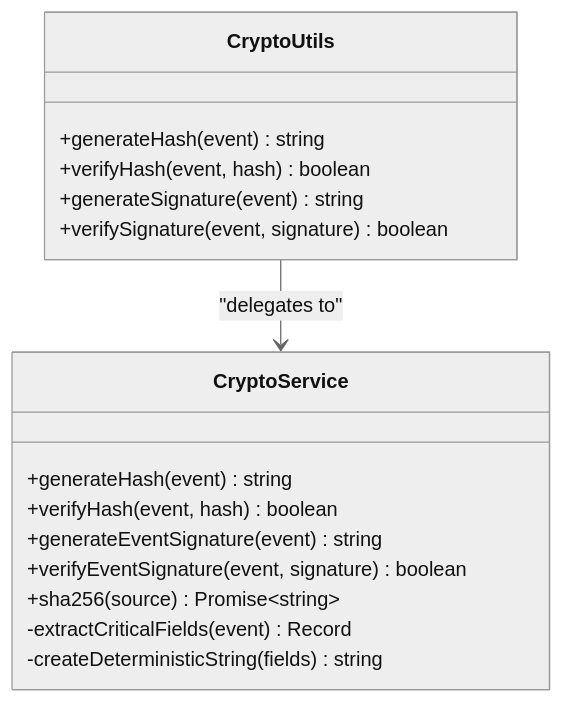
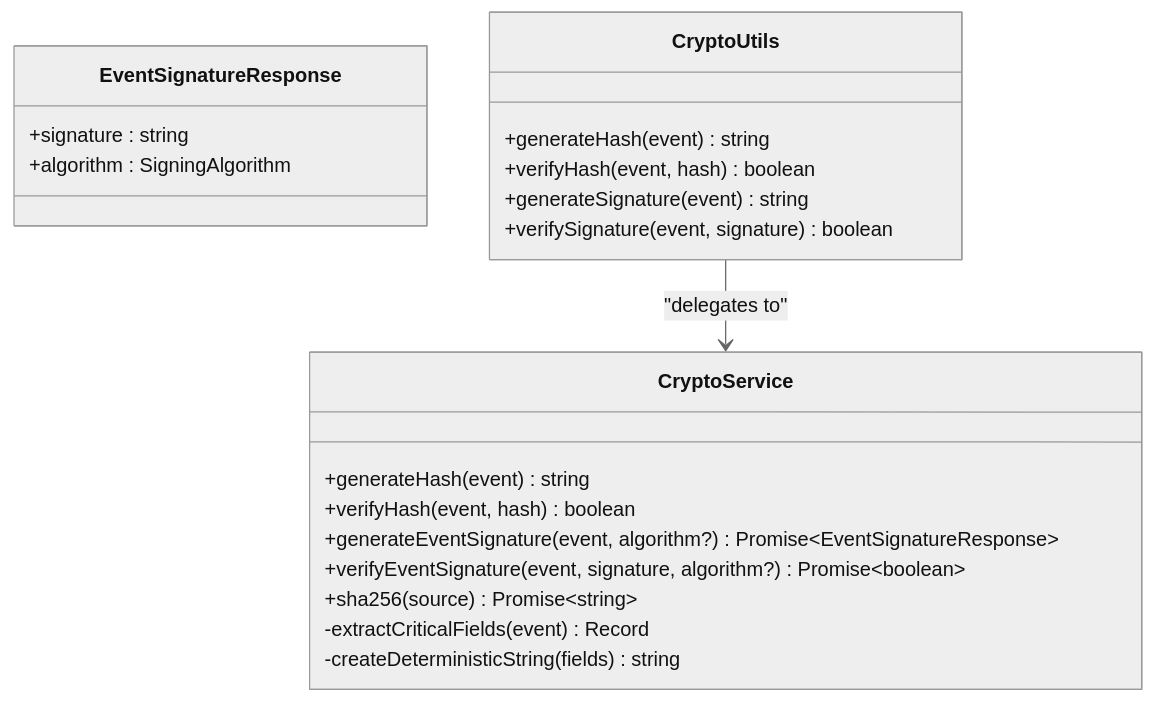
The first of 5 diagrams in .qoder/repowiki/en/content/Audit Core System/Security/Security.md (smedrec/smart-logs), drawn with Mermaid (neutral theme) before and after one commit. The commit also changed other lines of this file and 5 other files, not shown here.

First line of the commit message:
docs(security): document async event signature generation with KMS support

````diff
--- a/.qoder/repowiki/en/content/Audit Core System/Security/Security.md
+++ b/.qoder/repowiki/en/content/Audit Core System/Security/Security.md
@@ -52,19 +55,23 @@
 ```mermaid
 classDiagram
 class CryptoService {
 +generateHash(event) string
 +verifyHash(event, hash) boolean
-+generateEventSignature(event) string
-+verifyEventSignature(event, signature) boolean
++generateEventSignature(event, algorithm?) Promise~EventSignatureResponse~
++verifyEventSignature(event, signature, algorithm?) Promise~boolean~
 +sha256(source) Promise~string~
 -extractCriticalFields(event) Record
 -createDeterministicString(fields) string
+}
+class EventSignatureResponse {
++signature : string
++algorithm : SigningAlgorithm
 }
 class CryptoUtils {
 +generateHash(event) string
 +verifyHash(event, hash) boolean
 +generateSignature(event) string
 +verifySignature(event, signature) boolean
 }
 CryptoUtils --> CryptoService : "delegates to"
 ```
````
